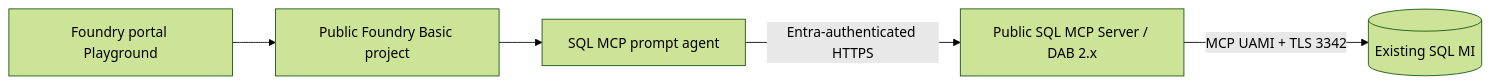
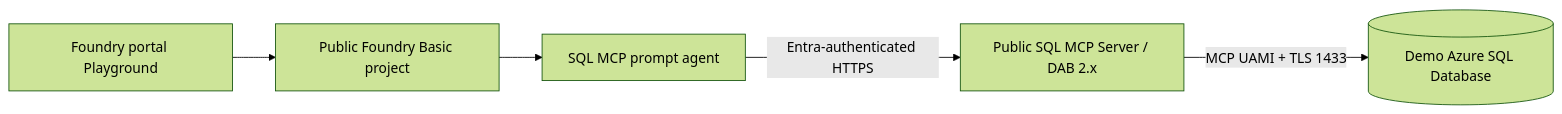
One commit to jamesiford/foundry-sql-mcp changed the diagram in docs/demo-roadmap.md. Above: the diagram before and after it, drawn with Mermaid (forest theme). The commit also changed other lines of this file and 20 other files, not shown here.

Commit message:
Complete Azure SQL MCP evaluation demo

````diff
--- a/docs/demo-roadmap.md
+++ b/docs/demo-roadmap.md
@@ -58,8 +57,8 @@
 ```mermaid
 flowchart LR
     Browser[Foundry portal Playground] --> PublicFoundry[Public Foundry Basic project]
     PublicFoundry --> MCPAgent[SQL MCP prompt agent]
 
     MCPAgent -->|Entra-authenticated HTTPS| DAB[Public SQL MCP Server / DAB 2.x]
-    DAB -->|MCP UAMI + TLS 3342| SQLMI[(Existing SQL MI)]
+    DAB -->|MCP UAMI + TLS 1433| SQLDB[(Demo Azure SQL Database)]
 ```
````
